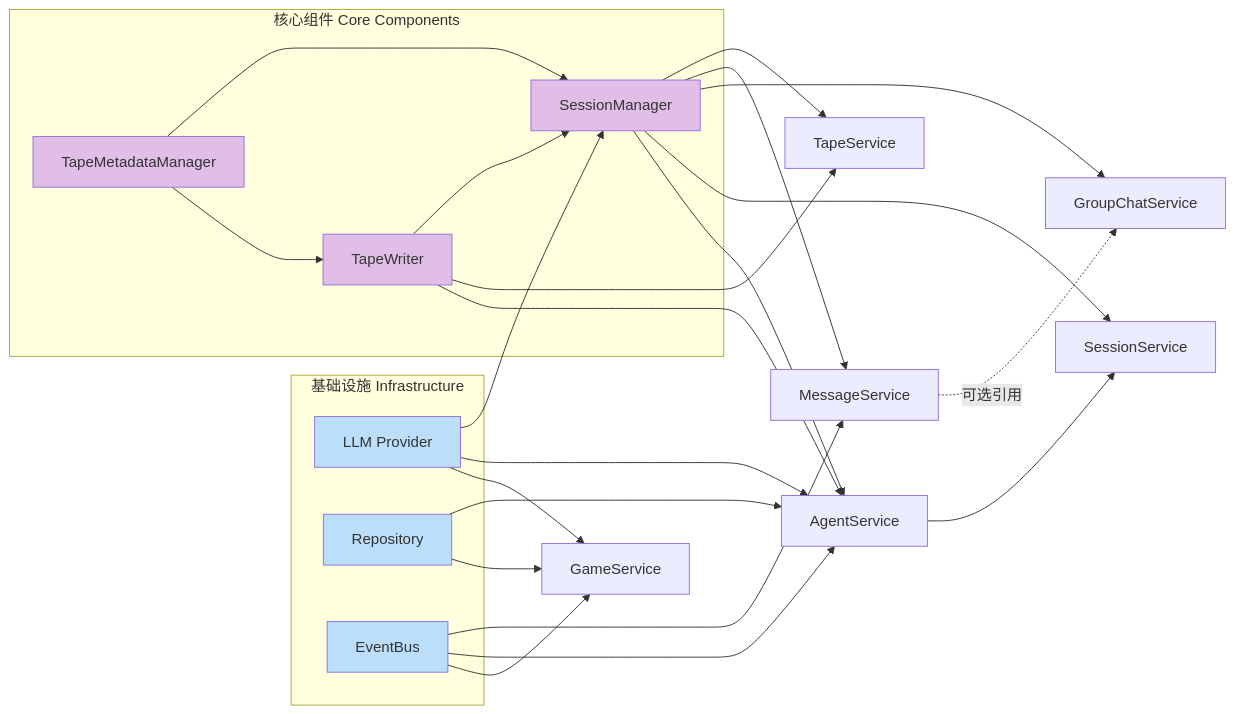
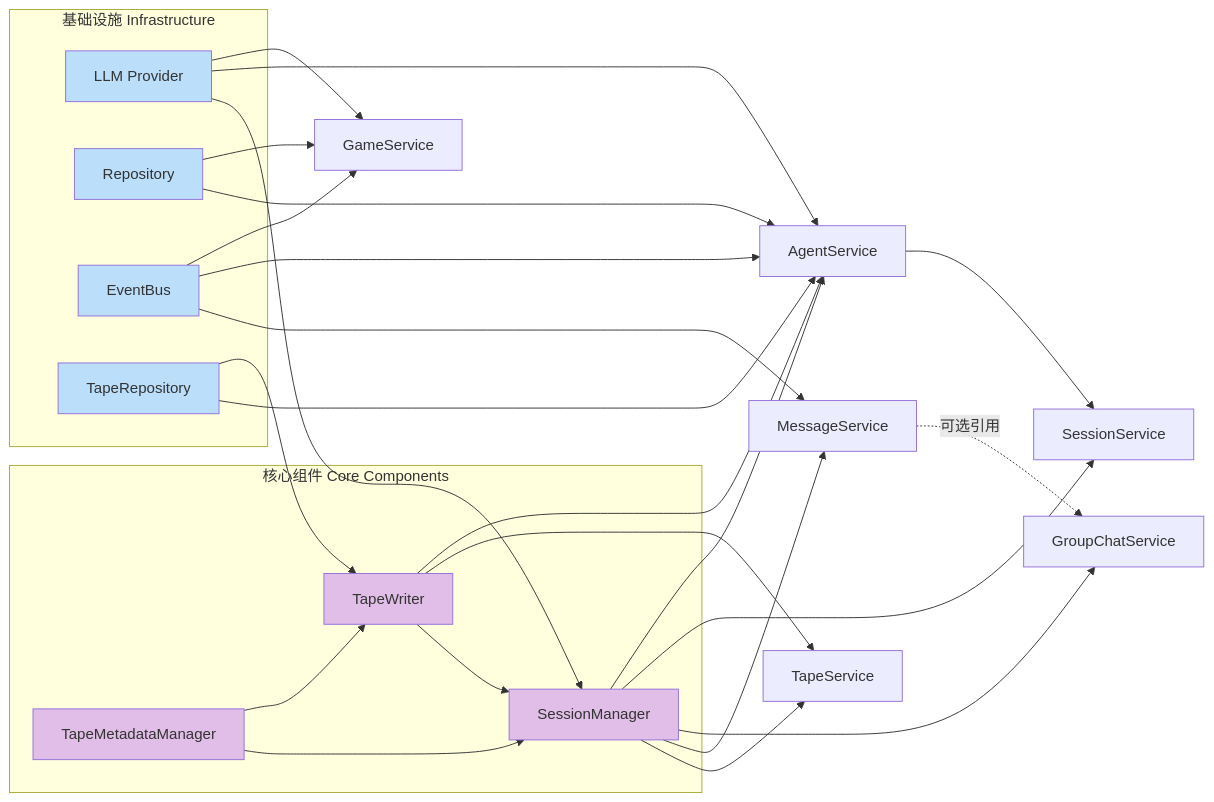
Before and after one commit to ykfnxx/simu-emperor: the third of 7 diagrams in src/simu_emperor/application/AGENTS.md, drawn with Mermaid. The commit also changed other lines of this file and 5 other files, not shown here.

First line of the commit message:
docs(v4.2): update all AGENTS.md and CLAUDE.md for V4.2 architecture

````diff
--- a/src/simu_emperor/application/AGENTS.md
+++ b/src/simu_emperor/application/AGENTS.md
@@ -130,56 +135,61 @@
 ```mermaid
 graph LR
     subgraph "基础设施 Infrastructure"
         LLMProv[LLM Provider]
         Repository[Repository]
         EventBus[EventBus]
+        TapeRepo[TapeRepository]
     end
 
     subgraph "核心组件 Core Components"
         SessionMgr[SessionManager]
         TapeWriter[TapeWriter]
         TapeMeta[TapeMetadataManager]
     end
 
     GameSvc[GameService]
     AgentSvc[AgentService]
     SessionSvc[SessionService]
     GroupChatSvc[GroupChatService]
     MessageSvc[MessageService]
     TapeSvc[TapeService]
 
     LLMProv --> GameSvc
     LLMProv --> AgentSvc
     LLMProv --> SessionMgr
 
     Repository --> GameSvc
     Repository --> AgentSvc
 
     EventBus --> GameSvc
     EventBus --> AgentSvc
     EventBus --> MessageSvc
 
+    TapeRepo --> TapeWriter
+    TapeRepo --> AgentSvc
+
     SessionMgr --> AgentSvc
     SessionMgr --> SessionSvc
     SessionMgr --> GroupChatSvc
     SessionMgr --> MessageSvc
     SessionMgr --> TapeSvc
 
     TapeWriter --> AgentSvc
     TapeWriter --> TapeSvc
     TapeWriter --> SessionMgr
 
     TapeMeta --> TapeWriter
     TapeMeta --> SessionMgr
 
     AgentSvc --> SessionSvc
 
     MessageSvc -.->|"可选引用"| GroupChatSvc
 
     style LLMProv fill:#bbdefb
     style Repository fill:#bbdefb
     style EventBus fill:#bbdefb
+    style TapeRepo fill:#bbdefb
     style SessionMgr fill:#e1bee7
     style TapeWriter fill:#e1bee7
     style TapeMeta fill:#e1bee7
 ```
````
